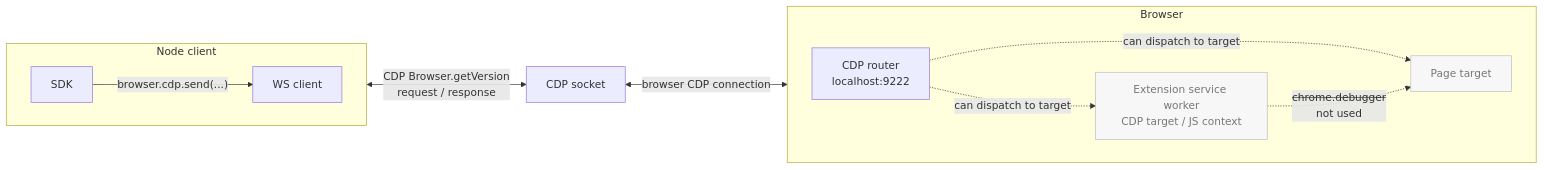
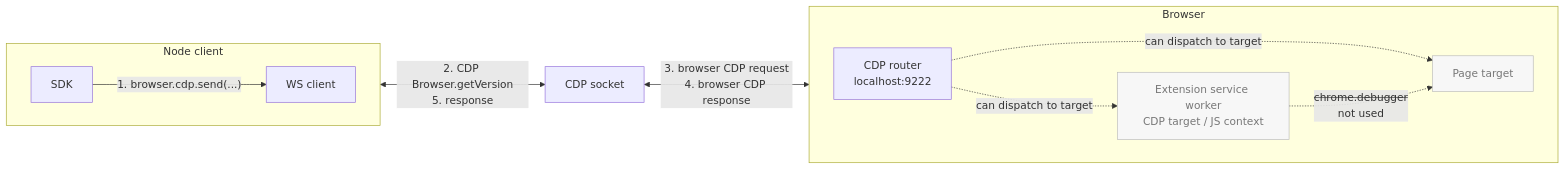
The first of 4 diagrams in README.md (pirate/chrome-cdp-extension-bridge), drawn with Mermaid before and after one commit. The commit also changed other lines of this file, not shown here.

Commit message:
Number diagram flow labels

````diff
--- a/README.md
+++ b/README.md
@@ -43,27 +43,27 @@
 ```mermaid
 flowchart LR
   subgraph Node["Node client"]
     direction LR
     SDK["SDK"]
     WS["WS client"]
-    SDK -->|"browser.cdp.send(...)"| WS
+    SDK -->|"1. browser.cdp.send(...)"| WS
   end
 
   subgraph Browser["Browser"]
     direction LR
     CDP["CDP router<br/>localhost:9222"]
     SW["Extension service worker<br/>CDP target / JS context"]
     Page["Page target"]
     CDP -. "can dispatch to target" .-> SW
     CDP -. "can dispatch to target" .-> Page
     SW -. "<s>chrome.debugger</s><br/>not used" .-> Page
   end
 
   Socket["CDP socket"]
 
-  WS <-->|"CDP Browser.getVersion<br/>request / response"| Socket
-  Socket <-->|"browser CDP connection"| CDP
+  WS <-->|"2. CDP Browser.getVersion<br/>5. response"| Socket
+  Socket <-->|"3. browser CDP request<br/>4. browser CDP response"| CDP
 
   classDef idle fill:#f7f7f7,stroke:#bbb,color:#777;
   class SW,Page idle;
 ```
````
